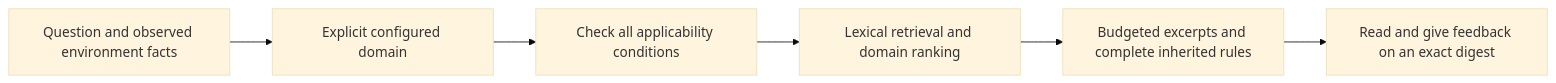
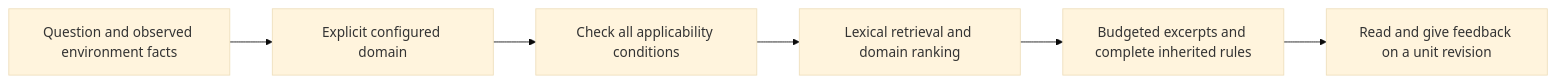
Before and after one commit to grandolantow/mindie-agent: the diagram in docs/knowledge-system.en.md, drawn with Mermaid (base theme). The commit also changed other lines of this file and 3 other files, not shown here.

````diff
--- a/docs/knowledge-system.en.md
+++ b/docs/knowledge-system.en.md
@@ -33,8 +35,8 @@
 ```mermaid
 flowchart LR
     Q["Question and observed environment facts"] --> D["Explicit configured domain"]
     D --> C["Check all applicability conditions"]
     C --> R["Lexical retrieval and domain ranking"]
     R --> B["Budgeted excerpts and complete inherited rules"]
-    B --> E["Read and give feedback on an exact digest"]
+    B --> E["Read and give feedback on a unit revision"]
 ```
````
